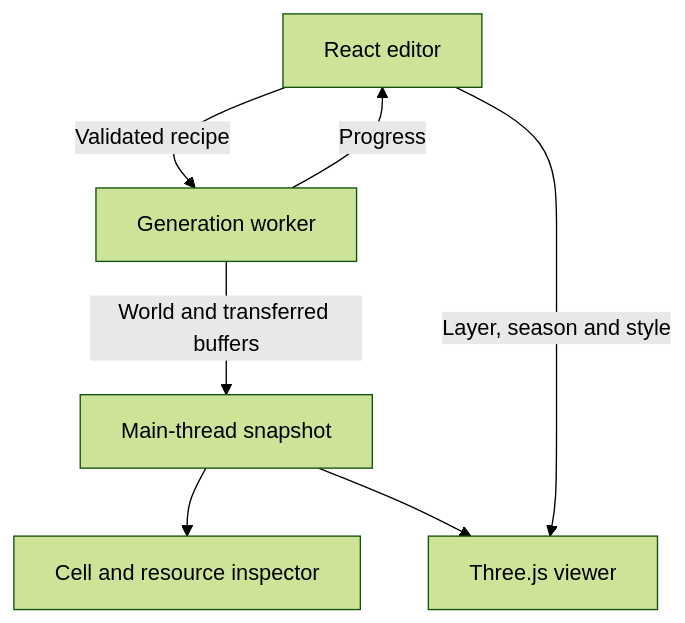
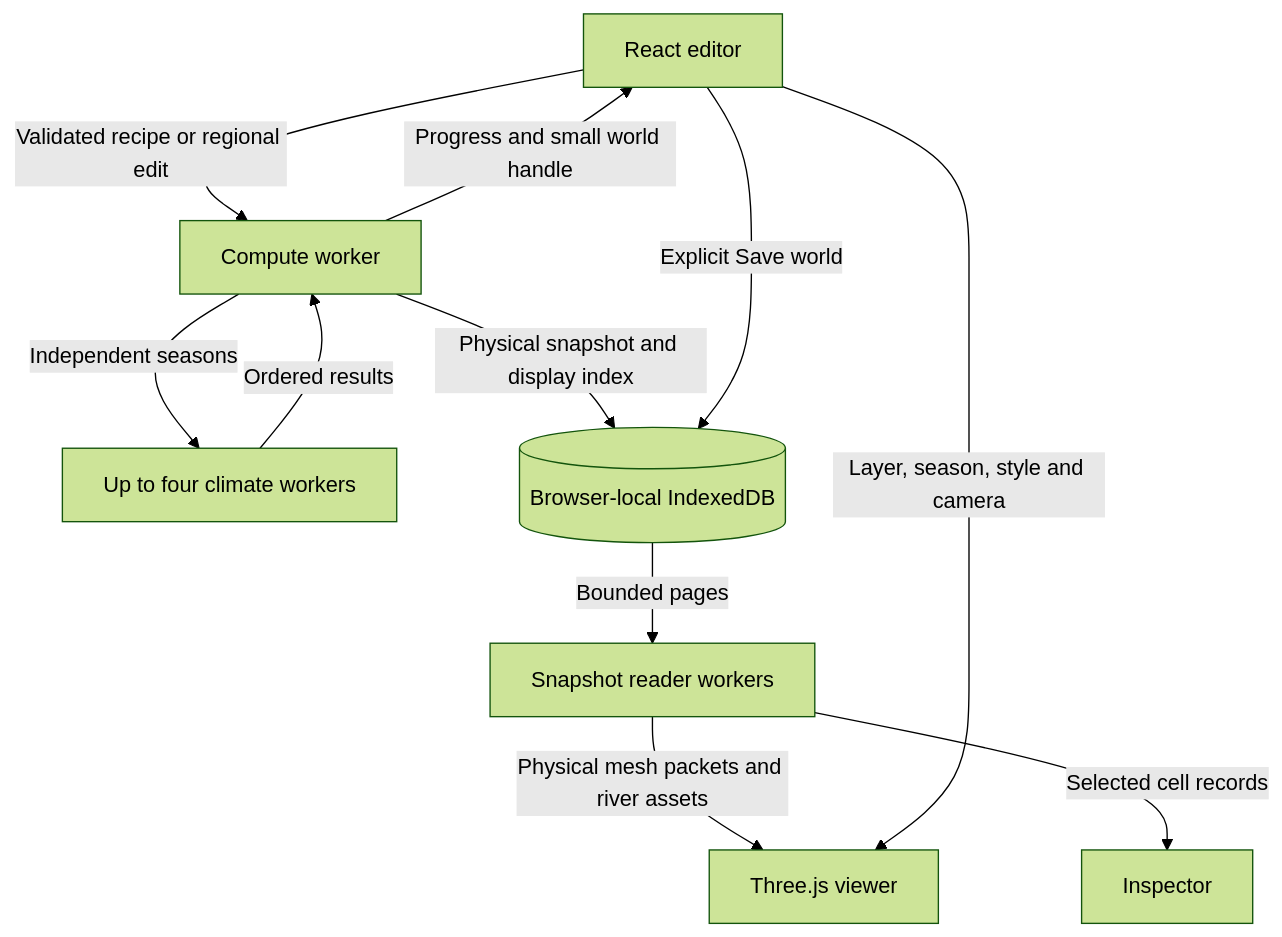
The diagram in docs/architecture.md (fesoliveira014/world-forge), drawn with Mermaid (forest theme) before and after one commit. The commit also changed other lines of this file and 325 other files, not shown here.

````diff
--- a/docs/architecture.md
+++ b/docs/architecture.md
@@ -12,9 +10,13 @@
 ```mermaid
 flowchart TD
-  Controls["React editor"] -->|"Validated recipe"| Worker["Generation worker"]
-  Worker -->|"Progress"| Controls
-  Worker -->|"World and transferred buffers"| Snapshot["Main-thread snapshot"]
-  Snapshot --> Inspector["Cell and resource inspector"]
-  Snapshot --> Viewer["Three.js viewer"]
-  Controls -->|"Layer, season and style"| Viewer
+  Controls[React editor] -->|Validated recipe or regional edit| Compute[Compute worker]
+  Compute -->|Independent seasons| Seasons[Up to four climate workers]
+  Seasons -->|Ordered results| Compute
+  Compute -->|Physical snapshot and display index| Storage[(Browser-local IndexedDB)]
+  Compute -->|Progress and small world handle| Controls
+  Controls -->|Explicit Save world| Storage
+  Storage -->|Bounded pages| Readers[Snapshot reader workers]
+  Readers -->|Physical mesh packets and river assets| Viewer[Three.js viewer]
+  Readers -->|Selected cell records| Inspector[Inspector]
+  Controls -->|Layer, season, style and camera| Viewer
 ```
````
